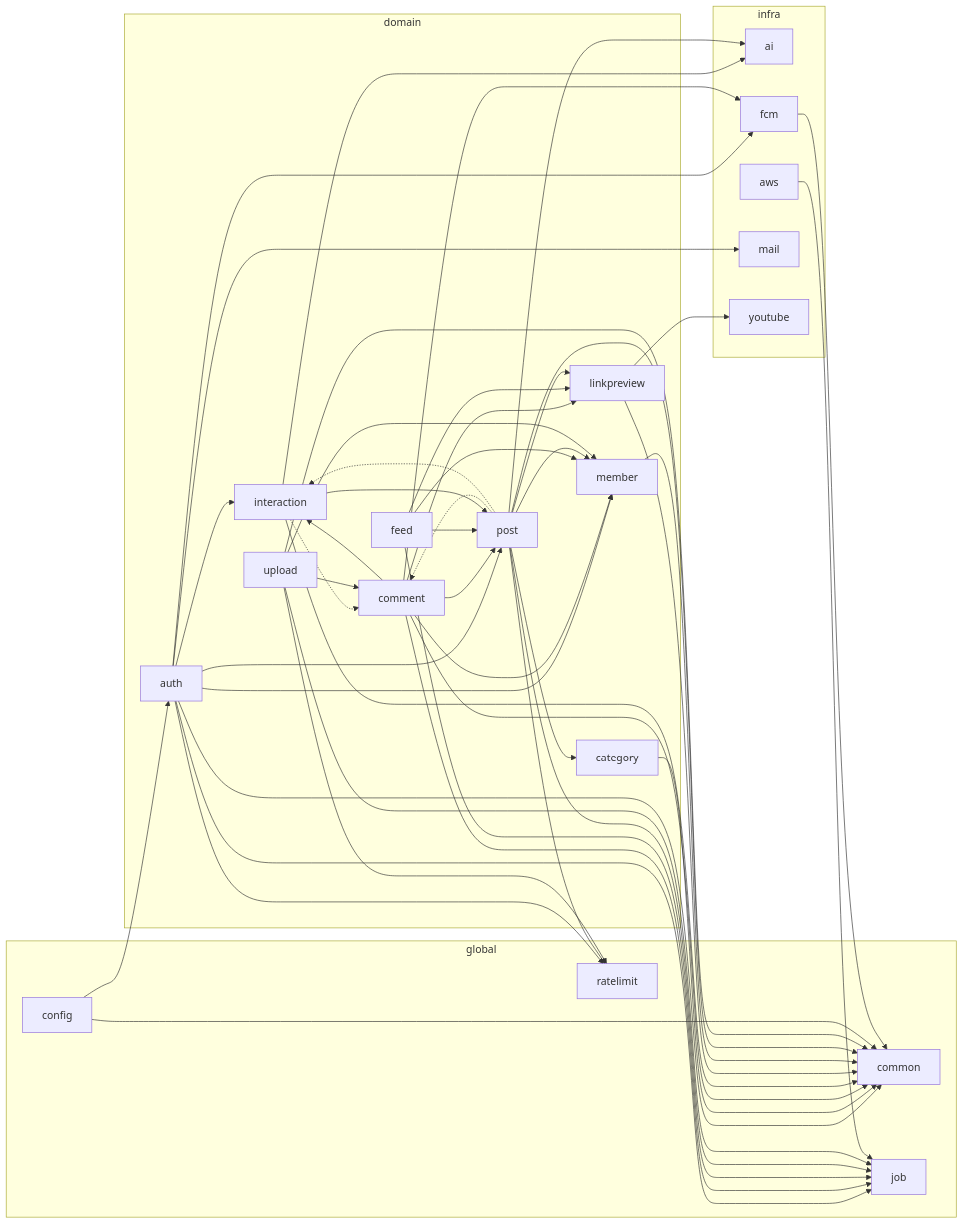
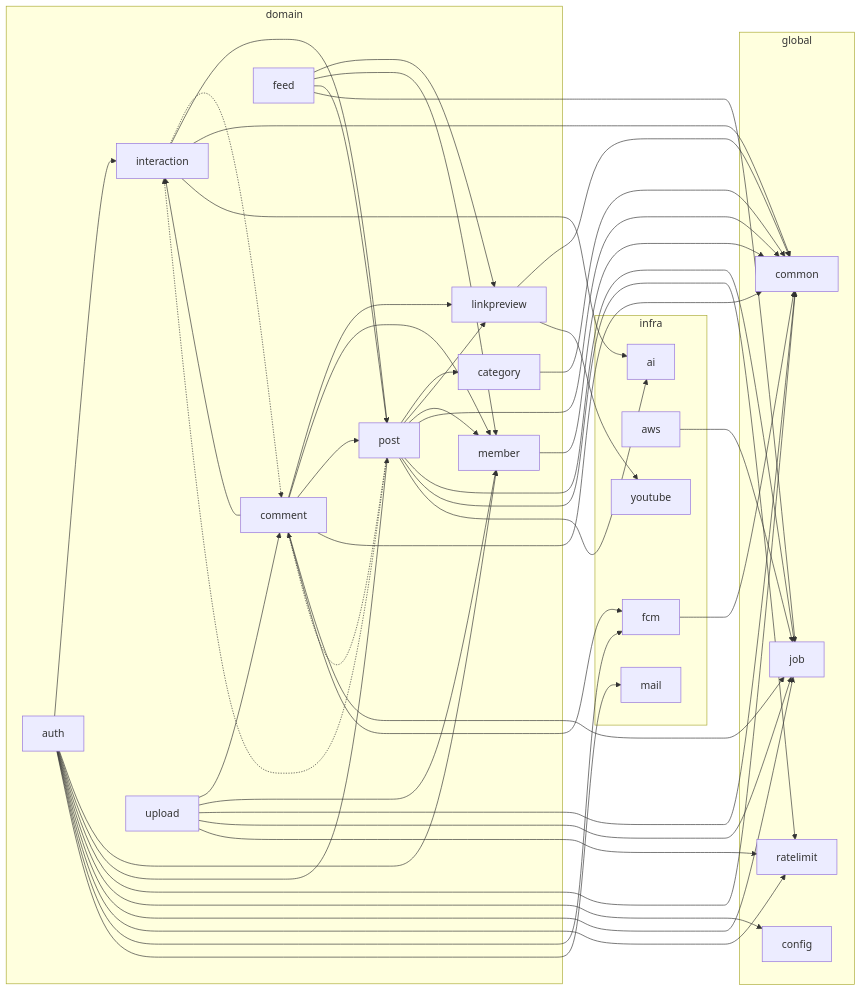
Before and after one commit to BAECHAN/link-sphere_BE_NEW: the second of 4 diagrams in docs/BE-ARCHITECTURE.md, drawn with Mermaid. The commit also changed other lines of this file and 13 other files, not shown here.

First line of the commit message:
refactor(global): ErrorResponse를 exception으로 옮기고 SecurityConfig가 auth 필터의 구체 타입을 모르게 함 (#207)

````diff
--- a/docs/BE-ARCHITECTURE.md
+++ b/docs/BE-ARCHITECTURE.md
@@ -92,72 +91,71 @@
 ```mermaid
 flowchart LR
   subgraph domain
     domain_auth["auth"]
     domain_category["category"]
     domain_comment["comment"]
     domain_feed["feed"]
     domain_interaction["interaction"]
     domain_linkpreview["linkpreview"]
     domain_member["member"]
     domain_post["post"]
     domain_upload["upload"]
   end
   subgraph global
     global_common["common"]
     global_config["config"]
     global_job["job"]
     global_ratelimit["ratelimit"]
   end
   subgraph infra
     infra_ai["ai"]
     infra_aws["aws"]
     infra_fcm["fcm"]
     infra_mail["mail"]
     infra_youtube["youtube"]
   end
   domain_auth --> domain_interaction
   domain_auth --> domain_member
   domain_auth --> domain_post
   domain_auth --> global_common
+  domain_auth --> global_config
   domain_auth --> global_job
   domain_auth --> global_ratelimit
   domain_auth --> infra_fcm
   domain_auth --> infra_mail
   domain_category --> global_common
   domain_comment --> domain_interaction
   domain_comment --> domain_linkpreview
   domain_comment --> domain_member
   domain_comment --> domain_post
   domain_comment --> global_common
   domain_comment --> global_job
   domain_comment --> infra_fcm
   domain_feed --> domain_linkpreview
   domain_feed --> domain_member
   domain_feed --> domain_post
   domain_feed --> global_job
   domain_interaction -.-> domain_comment
   domain_interaction --> domain_post
   domain_interaction --> global_common
   domain_interaction --> infra_ai
   domain_linkpreview --> global_common
   domain_linkpreview --> infra_youtube
   domain_member --> global_common
   domain_post --> domain_category
   domain_post -.-> domain_comment
   domain_post -.-> domain_interaction
   domain_post --> domain_linkpreview
   domain_post --> domain_member
   domain_post --> global_common
   domain_post --> global_job
   domain_post --> global_ratelimit
   domain_post --> infra_ai
   domain_upload --> domain_comment
   domain_upload --> domain_member
   domain_upload --> global_common
   domain_upload --> global_job
   domain_upload --> global_ratelimit
-  global_config --> domain_auth
-  global_config --> global_common
   infra_aws --> global_job
   infra_fcm --> global_common
 ```
````
